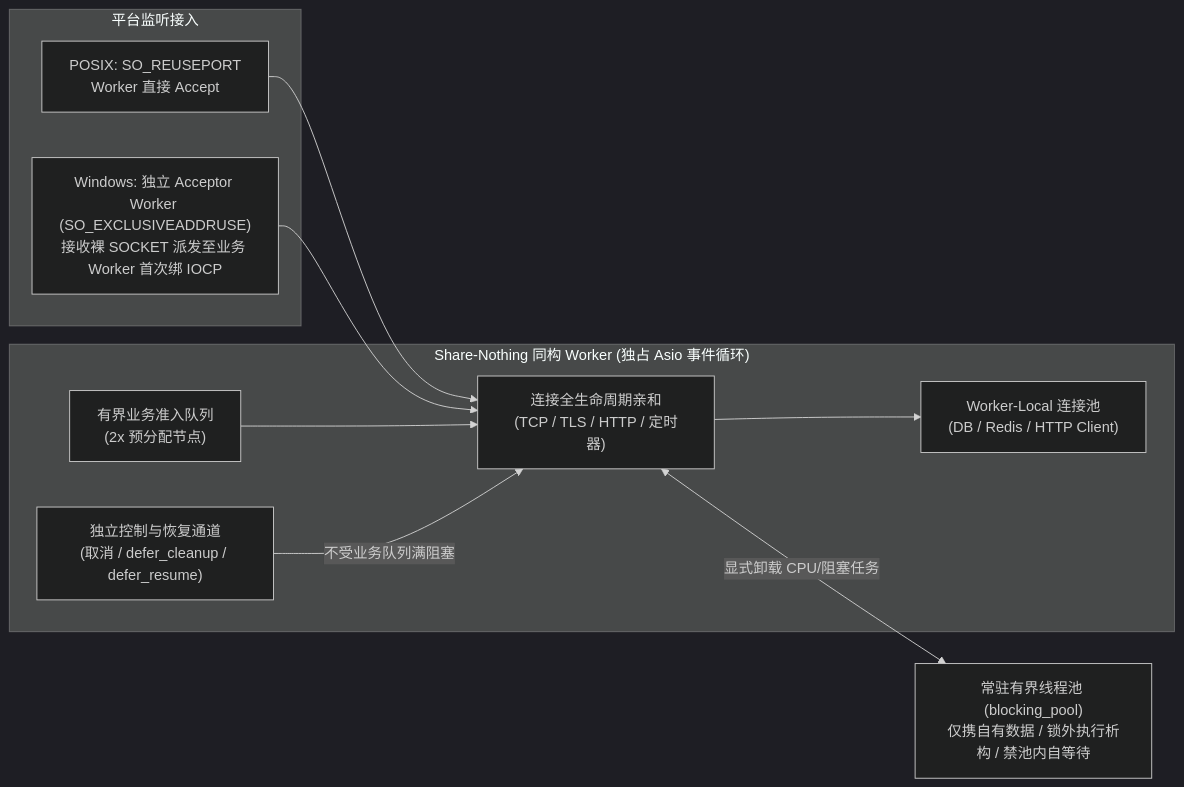
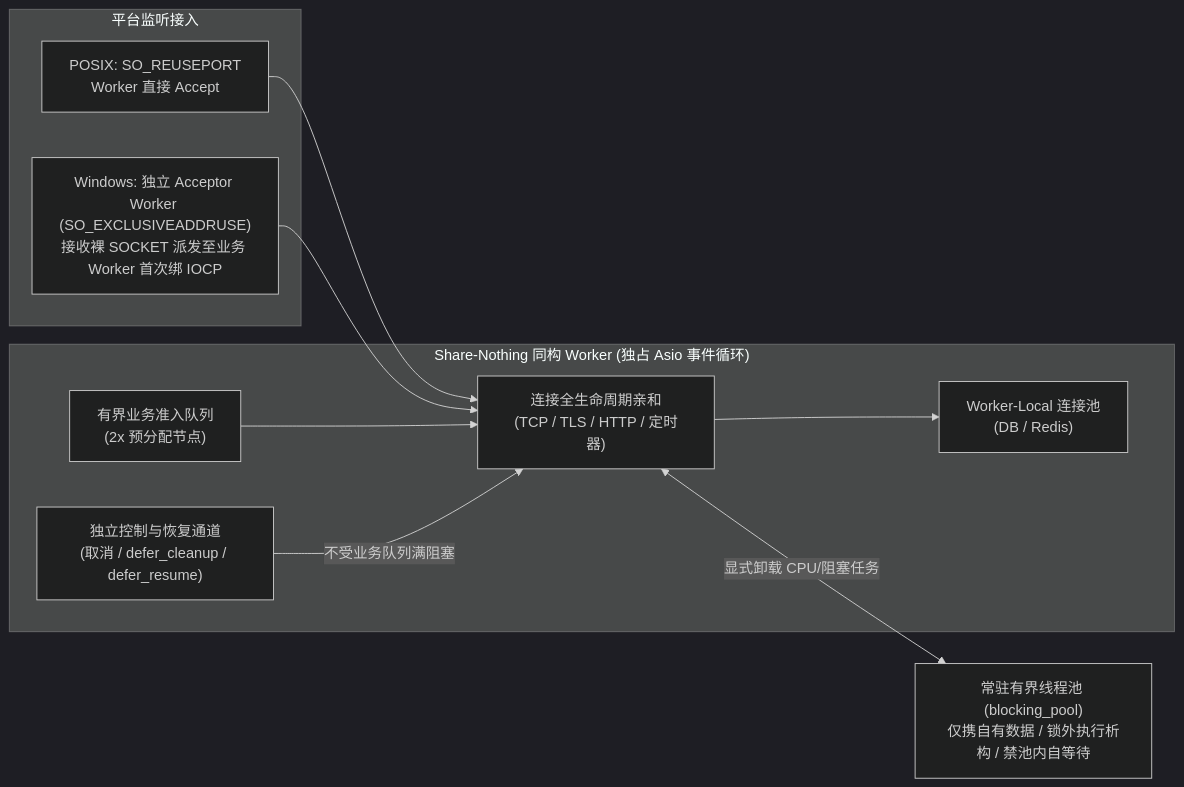
The third of 4 diagrams in AGENTS.md (chuyu0504/Ruvia), drawn with Mermaid (dark theme) before and after one commit. The commit also changed other lines of this file and 280 other files, not shown here.

First line of the commit message:
feat!: move HTTP/2 to nghttp2, serve HTTP/3, disconnect directly on stop, drop outbound client

````diff
--- a/AGENTS.md
+++ b/AGENTS.md
@@ -103,21 +103,21 @@
 ```mermaid
 flowchart LR
     subgraph listener ["平台监听接入"]
         posix["POSIX: SO_REUSEPORT<br/>Worker 直接 Accept"]
         win["Windows: 独立 Acceptor Worker (SO_EXCLUSIVEADDRUSE)<br/>接收裸 SOCKET 派发至业务 Worker 首次绑 IOCP"]
     end
     subgraph worker ["Share-Nothing 同构 Worker (独占 Asio 事件循环)"]
         conn["连接全生命周期亲和<br/>(TCP / TLS / HTTP / 定时器)"]
         b_queue["有界业务准入队列<br/>(2x 预分配节点)"]
         c_lane["独立控制与恢复通道<br/>(取消 / defer_cleanup / defer_resume)"]
-        l_pool["Worker-Local 连接池<br/>(DB / Redis / HTTP Client)"]
+        l_pool["Worker-Local 连接池<br/>(DB / Redis)"]
     end
     b_pool["常驻有界线程池 (blocking_pool)<br/>仅携自有数据 / 锁外执行析构 / 禁池内自等待"]
 
     posix --> conn
     win --> conn
     b_queue --> conn
     c_lane -->|"不受业务队列满阻塞"| conn
     conn --> l_pool
     conn <-->|"显式卸载 CPU/阻塞任务"| b_pool
 ```
````
